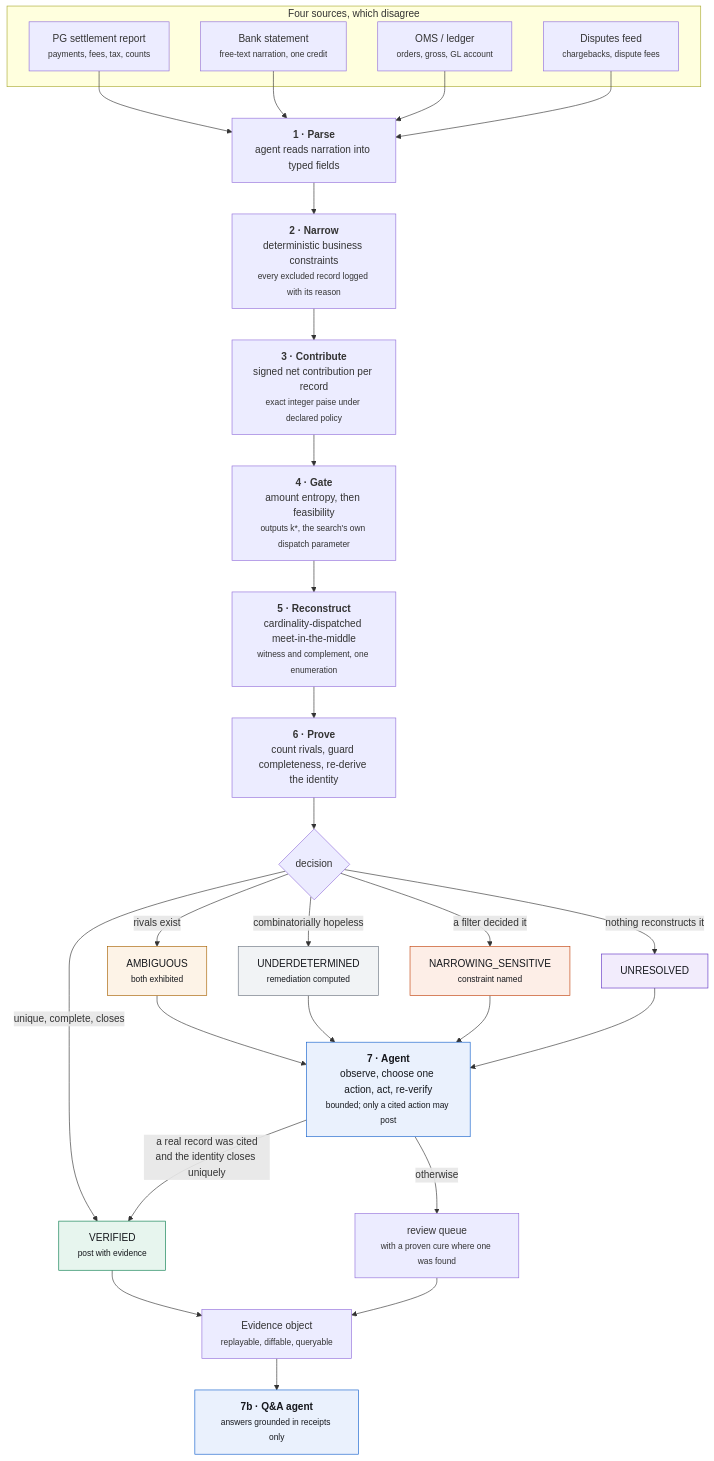
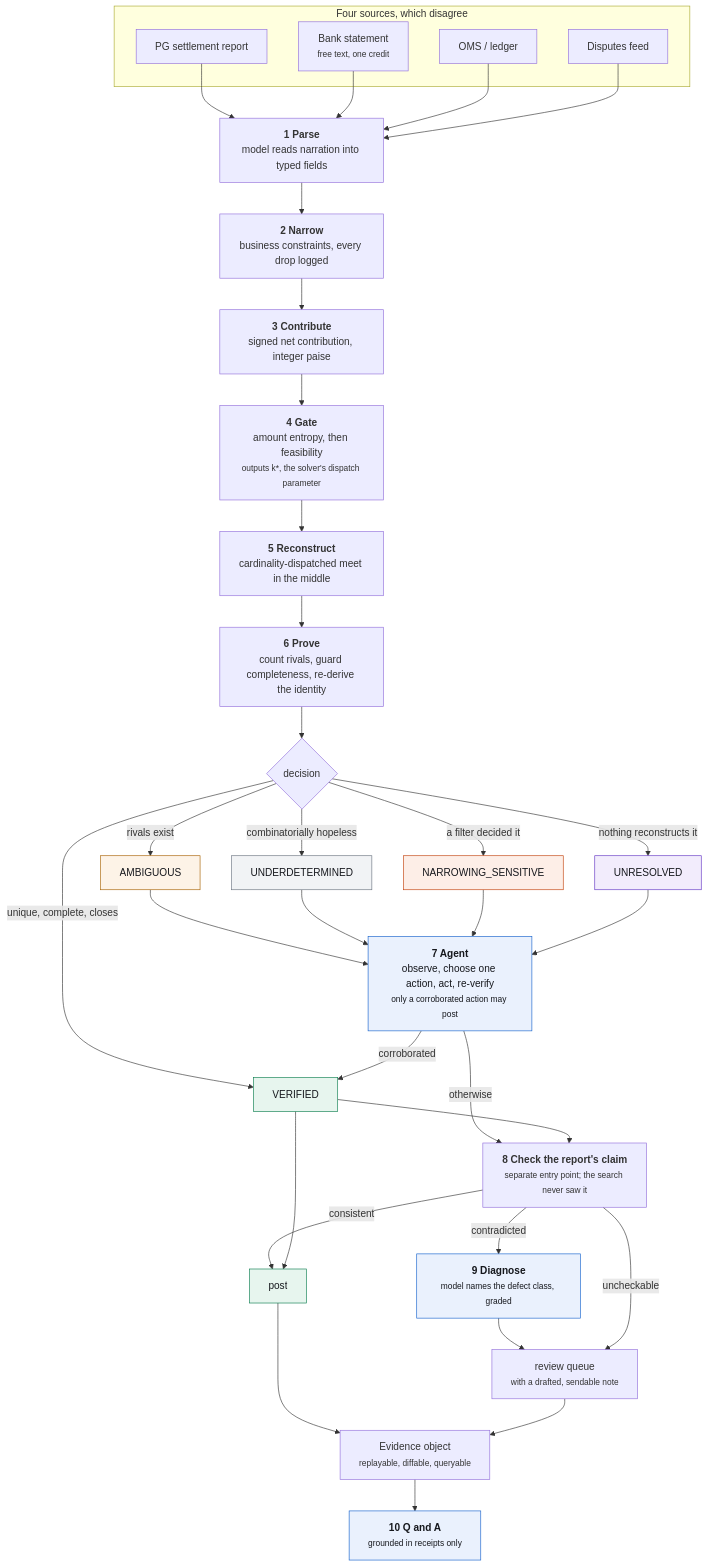
Before and after one commit to Rishi0507/Manhattan: the diagram in README.md, drawn with Mermaid. The commit also changed other lines of this file and 35 other files, not shown here.

Commit message:
lead with the composite, name the buyer, and put the model where it can be measured

````diff
--- a/README.md
+++ b/README.md
@@ -242,50 +216,59 @@
 ```mermaid
 flowchart TB
     subgraph SRC["Four sources, which disagree"]
-        PG["PG settlement report<br/><small>payments, fees, tax, counts</small>"]
-        BANK["Bank statement<br/><small>free-text narration, one credit</small>"]
-        OMS["OMS / ledger<br/><small>orders, gross, GL account</small>"]
-        DIS["Disputes feed<br/><small>chargebacks, dispute fees</small>"]
+        PG["PG settlement report"]
+        BANK["Bank statement<br/><small>free text, one credit</small>"]
+        OMS["OMS / ledger"]
+        DIS["Disputes feed"]
     end
 
     PG --> S1
     BANK --> S1
     OMS --> S1
     DIS --> S1
 
-    S1["<b>1 · Parse</b><br/>agent reads narration into typed fields"]
-    S2["<b>2 · Narrow</b><br/>deterministic business constraints<br/><small>every excluded record logged with its reason</small>"]
-    S3["<b>3 · Contribute</b><br/>signed net contribution per record<br/><small>exact integer paise under declared policy</small>"]
-    S4["<b>4 · Gate</b><br/>amount entropy, then feasibility<br/><small>outputs k*, the search's own dispatch parameter</small>"]
-    S5["<b>5 · Reconstruct</b><br/>cardinality-dispatched meet-in-the-middle<br/><small>witness and complement, one enumeration</small>"]
-    S6["<b>6 · Prove</b><br/>count rivals, guard completeness, re-derive the identity"]
+    S1["<b>1 Parse</b><br/>model reads narration into typed fields"]
+    S2["<b>2 Narrow</b><br/>business constraints, every drop logged"]
+    S3["<b>3 Contribute</b><br/>signed net contribution, integer paise"]
+    S4["<b>4 Gate</b><br/>amount entropy, then feasibility<br/><small>outputs k*, the solver's dispatch parameter</small>"]
+    S5["<b>5 Reconstruct</b><br/>cardinality-dispatched meet in the middle"]
+    S6["<b>6 Prove</b><br/>count rivals, guard completeness, re-derive the identity"]
 
     S1 --> S2 --> S3 --> S4 --> S5 --> S6
     S6 --> D{"decision"}
 
-    D -->|"unique, complete, closes"| V["VERIFIED<br/><small>post with evidence</small>"]
-    D -->|"rivals exist"| A["AMBIGUOUS<br/><small>both exhibited</small>"]
-    D -->|"combinatorially hopeless"| U["UNDERDETERMINED<br/><small>remediation computed</small>"]
-    D -->|"a filter decided it"| NS["NARROWING_SENSITIVE<br/><small>constraint named</small>"]
+    D -->|"unique, complete, closes"| V["VERIFIED"]
+    D -->|"rivals exist"| A["AMBIGUOUS"]
+    D -->|"combinatorially hopeless"| U["UNDERDETERMINED"]
+    D -->|"a filter decided it"| NS["NARROWING_SENSITIVE"]
     D -->|"nothing reconstructs it"| UR["UNRESOLVED"]
 
     A --> S7
     U --> S7
     NS --> S7
-    UR --> S7["<b>7 · Agent</b><br/>observe, choose one action, act, re-verify<br/><small>bounded; only a cited action may post</small>"]
+    UR --> S7["<b>7 Agent</b><br/>observe, choose one action, act, re-verify<br/><small>only a corroborated action may post</small>"]
 
-    S7 -->|"a real record was cited<br/>and the identity closes uniquely"| V
-    S7 -->|"otherwise"| REV["review queue<br/><small>with a proven cure where one was found</small>"]
+    S7 -->|"corroborated"| V
+    S7 -->|otherwise| CLAIM
 
-    V --> EV["Evidence object<br/><small>replayable, diffable, queryable</small>"]
+    V --> CLAIM["<b>8 Check the report's claim</b><br/><small>separate entry point; the search never saw it</small>"]
+    CLAIM -->|"consistent"| POST["post"]
+    CLAIM -->|"contradicted"| DX["<b>9 Diagnose</b><br/><small>model names the defect class, graded</small>"]
+    DX --> REV
+    CLAIM -->|"uncheckable"| REV["review queue<br/><small>with a drafted, sendable note</small>"]
+
+    V --> POST
+    POST --> EV["Evidence object<br/><small>replayable, diffable, queryable</small>"]
     REV --> EV
-    EV --> QA["<b>7b · Q&amp;A agent</b><br/><small>answers grounded in receipts only</small>"]
+    EV --> QA["<b>10 Q and A</b><br/><small>grounded in receipts only</small>"]
 
     style V fill:#e7f5ee,stroke:#0a7d4e,color:#16181d
+    style POST fill:#e7f5ee,stroke:#0a7d4e,color:#16181d
     style A fill:#fdf3e7,stroke:#a76100,color:#16181d
     style U fill:#f1f3f5,stroke:#6b7480,color:#16181d
     style NS fill:#fdeee7,stroke:#c2410c,color:#16181d
     style UR fill:#f2ecfc,stroke:#6335c4,color:#16181d
     style S7 fill:#eaf1fd,stroke:#1461cc,color:#16181d
+    style DX fill:#eaf1fd,stroke:#1461cc,color:#16181d
     style QA fill:#eaf1fd,stroke:#1461cc,color:#16181d
 ```
````
